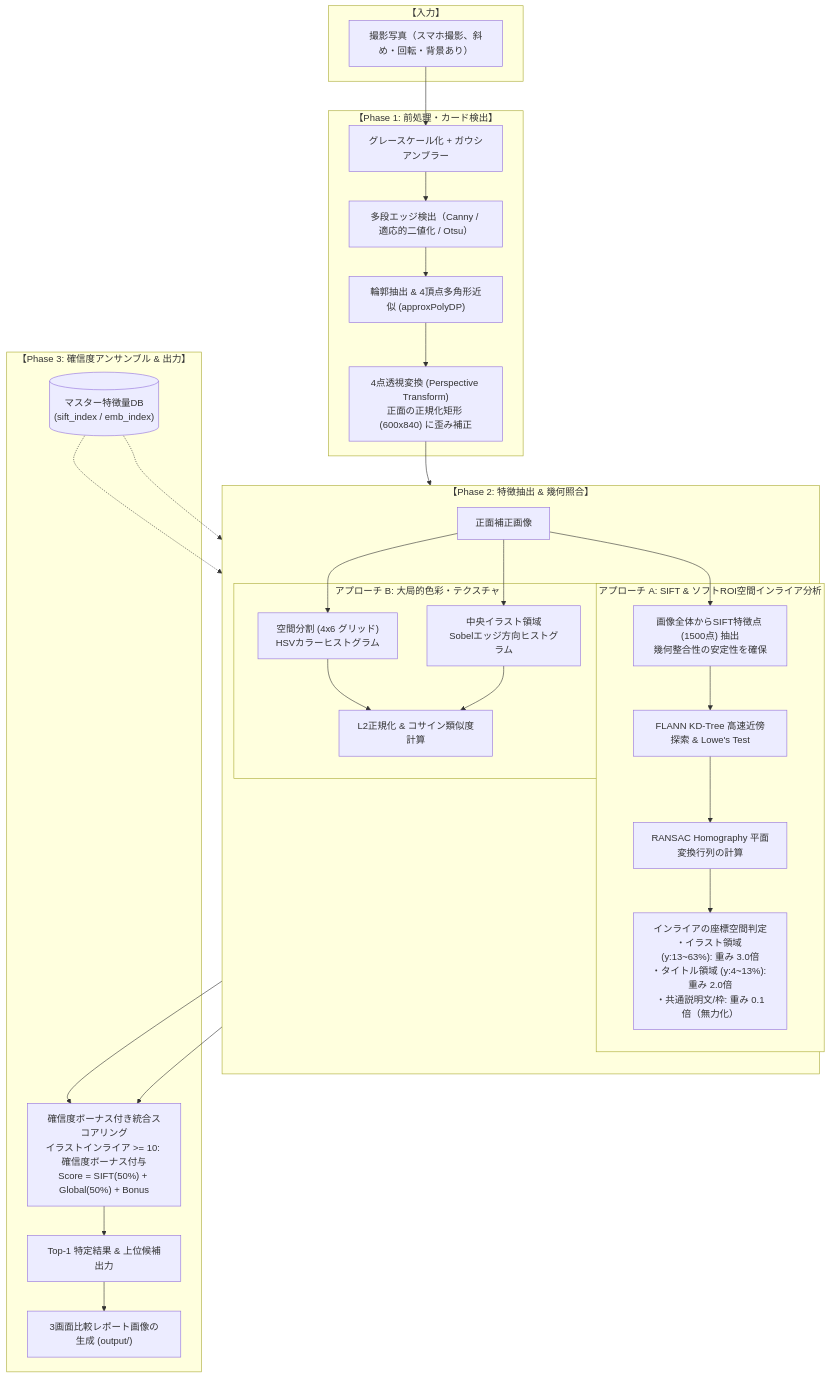
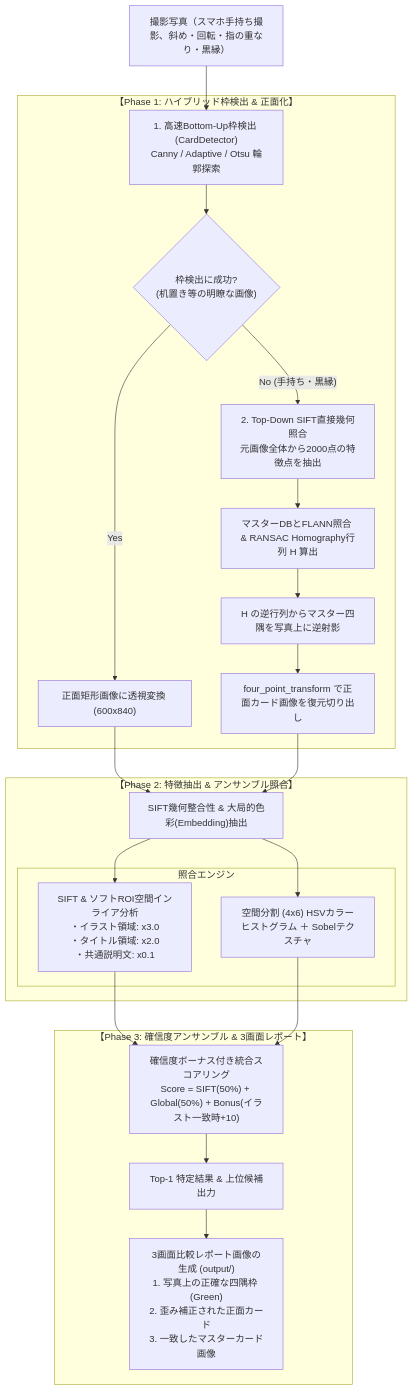
The diagram in docs/ALGORITHM_DESIGN.md (m-osabe/card-recognizer-proto), drawn with Mermaid before and after one commit. The commit also changed other lines of this file and 7 other files, not shown here.

First line of the commit message:
feat: 手持ち撮影・黒縁カードに対する認識駆動型(Top-Down)枠検出およびフォールバックの実装

````diff
--- a/docs/ALGORITHM_DESIGN.md
+++ b/docs/ALGORITHM_DESIGN.md
@@ -54,55 +59,43 @@
 ```mermaid
 flowchart TD
-    subgraph Input ["【入力】"]
-        Photo["撮影写真（スマホ撮影、斜め・回転・背景あり）"]
+    Photo["撮影写真（スマホ手持ち撮影、斜め・回転・指の重なり・黒縁）"]
+
+    subgraph DetectionPhase ["【Phase 1: ハイブリッド枠検出 & 正面化】"]
+        BottomUp["1. 高速Bottom-Up枠検出 (CardDetector)<br/>Canny / Adaptive / Otsu 輪郭探索"]
+        Check{"枠検出に成功?<br/>(机置き等の明瞭な画像)"}
+        
+        BottomUp --> Check
+        
+        Check -- "Yes" --> CropDirect["正面矩形画像に透視変換 (600x840)"]
+        
+        Check -- "No (手持ち・黒縁)" --> TopDown["2. Top-Down SIFT直接幾何照合<br/>元画像全体から2000点の特徴点を抽出"]
+        TopDown --> HomographyH["マスターDBとFLANN照合 & RANSAC Homography行列 H 算出"]
+        HomographyH --> InvertH["H の逆行列からマスター四隅を写真上に逆射影"]
+        InvertH --> WarpRect["four_point_transform で正面カード画像を復元切り出し"]
     end
 
-    subgraph Phase1 ["【Phase 1: 前処理・カード検出】"]
-        Gray["グレースケール化 + ガウシアンブラー"]
-        Edge["多段エッジ検出（Canny / 適応的二値化 / Otsu）"]
-        Contour["輪郭抽出 & 4頂点多角形近似 (approxPolyDP)"]
-        Warp["4点透視変換 (Perspective Transform)<br/>正面の正規化矩形 (600x840) に歪み補正"]
+    Photo --> BottomUp
+
+    subgraph MatchPhase ["【Phase 2: 特徴抽出 & アンサンブル照合】"]
+        CropDirect --> SIFTEmb["SIFT幾何整合性 & 大局的色彩(Embedding)抽出"]
+        WarpRect --> SIFTEmb
         
-        Photo --> Gray --> Edge --> Contour --> Warp
+        subgraph SubBranch ["照合エンジン"]
+            SIFTBranch["SIFT & ソフトROI空間インライア分析<br/>・イラスト領域: x3.0<br/>・タイトル領域: x2.0<br/>・共通説明文: x0.1"]
+            EmbBranch["空間分割 (4x6) HSVカラーヒストグラム ＋ Sobelテクスチャ"]
+        end
+        
+        SIFTEmb --> SIFTBranch
+        SIFTEmb --> EmbBranch
     end
 
-    subgraph Phase2 ["【Phase 2: 特徴抽出 & 幾何照合】"]
-        direction TB
-        WarpCard["正面補正画像"]
-        Warp --> WarpCard
-
-        subgraph BranchA ["アプローチ A: SIFT & ソフトROI空間インライア分析"]
-            SIFT["画像全体からSIFT特徴点 (1500点) 抽出<br/>幾何整合性の安定性を確保"]
-            FLANN["FLANN KD-Tree 高速近傍探索 & Lowe's Test"]
-            RANSAC["RANSAC Homography 平面変換行列の計算"]
-            SpatialCheck["インライアの座標空間判定<br/>・イラスト領域 (y:13~63%): 重み 3.0倍<br/>・タイトル領域 (y:4~13%): 重み 2.0倍<br/>・共通説明文/枠: 重み 0.1倍（無力化）"]
-            SIFT --> FLANN --> RANSAC --> SpatialCheck
-        end
-
-        subgraph BranchB ["アプローチ B: 大局的色彩・テクスチャ"]
-            GridHSV["空間分割 (4x6 グリッド)<br/>HSVカラーヒストグラム"]
-            Sobel["中央イラスト領域<br/>Sobelエッジ方向ヒストグラム"]
-            Cosine["L2正規化 & コサイン類似度計算"]
-            GridHSV --> Cosine
-            Sobel --> Cosine
-        end
-
-        WarpCard --> SIFT
-        WarpCard --> GridHSV
-        WarpCard --> Sobel
-    end
-
-    subgraph Phase3 ["【Phase 3: 確信度アンサンブル & 出力】"]
-        MasterDB[("マスター特徴量DB<br/>(sift_index / emb_index)")]
-        MasterDB -.-> RANSAC
-        MasterDB -.-> Cosine
-
-        Ensemble["確信度ボーナス付き統合スコアリング<br/>イラストインライア >= 10: 確信度ボーナス付与<br/>Score = SIFT(50%) + Global(50%) + Bonus"]
-        TopK["Top-1 特定結果 & 上位候補出力"]
-        VisualReport["3画面比較レポート画像の生成 (output/)"]
-
-        SpatialCheck --> Ensemble
-        Cosine --> Ensemble
-        Ensemble --> TopK --> VisualReport
+    subgraph OutputPhase ["【Phase 3: 確信度アンサンブル & 3画面レポート】"]
+        Ensemble["確信度ボーナス付き統合スコアリング<br/>Score = SIFT(50%) + Global(50%) + Bonus(イラスト一致時+10)"]
+        Top1["Top-1 特定結果 & 上位候補出力"]
+        VisualReport["3画面比較レポート画像の生成 (output/)<br/>1. 写真上の正確な四隅枠 (Green)<br/>2. 歪み補正された正面カード<br/>3. 一致したマスターカード画像"]
+        
+        SIFTBranch --> Ensemble
+        EmbBranch --> Ensemble
+        Ensemble --> Top1 --> VisualReport
     end
 ```
````
